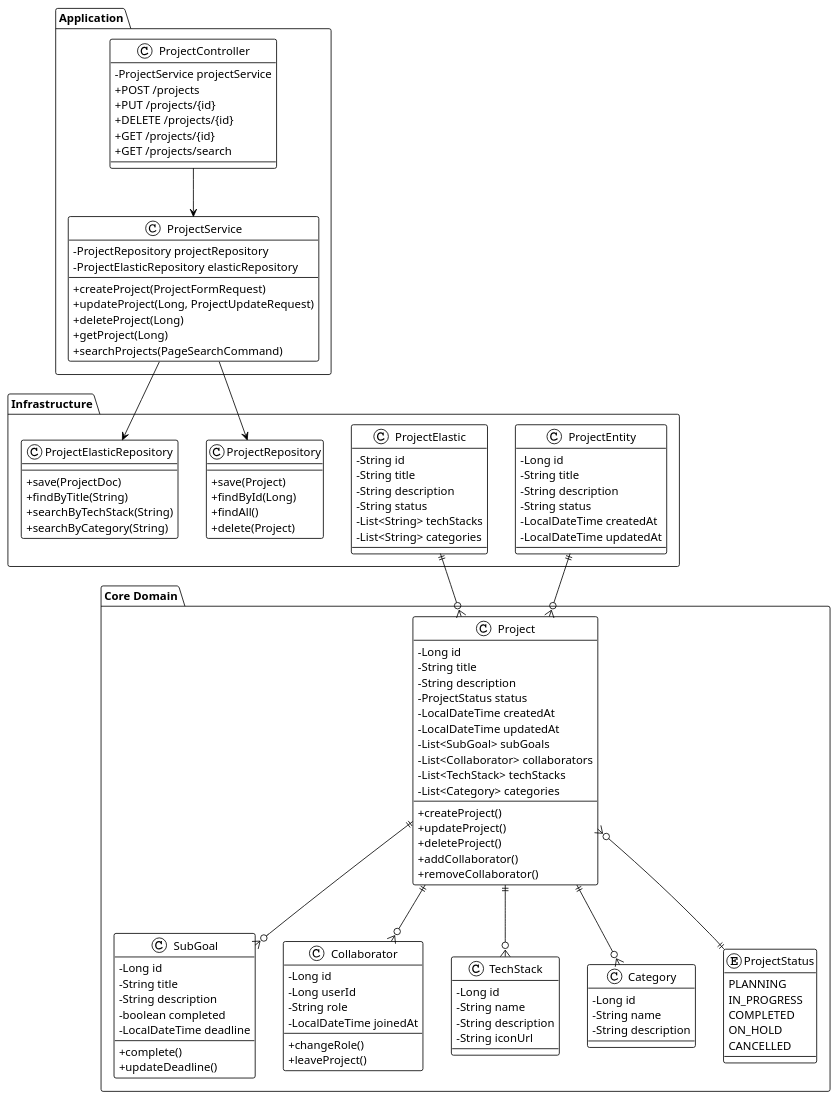
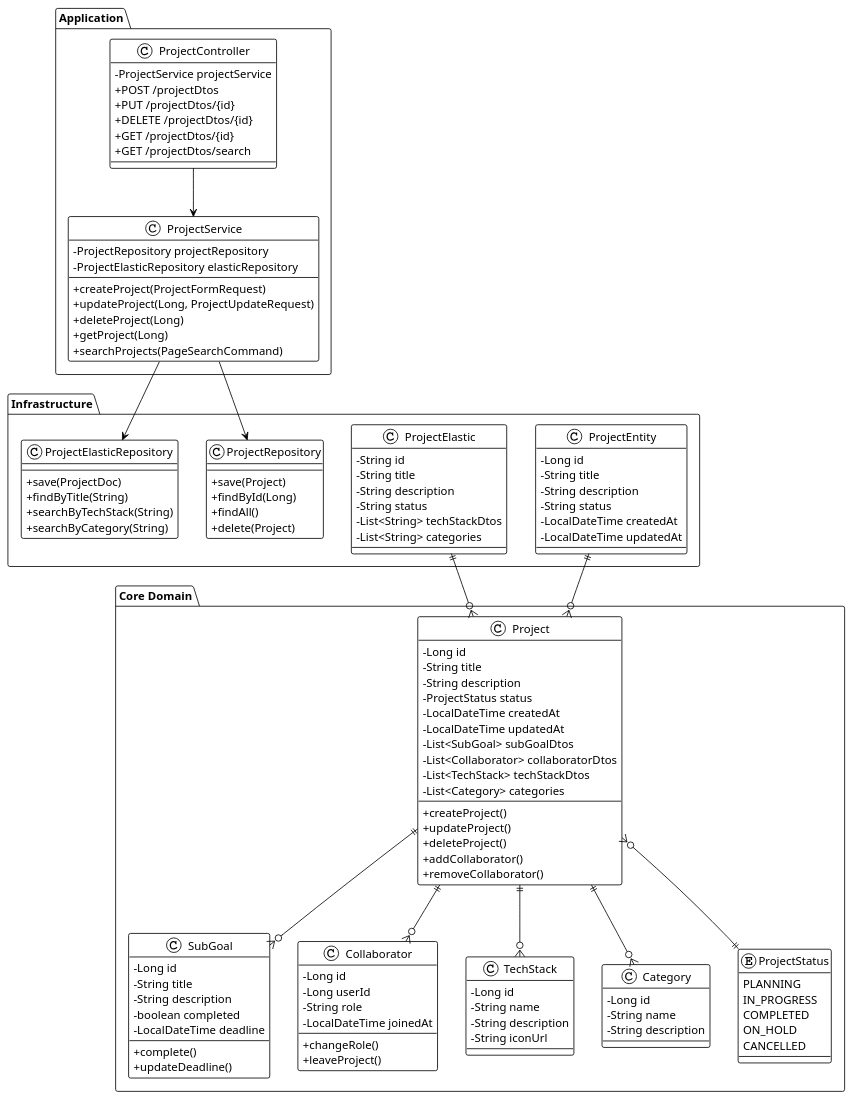
One commit to TBorNTB/project-service changed the diagram in docs/project-class.puml. Above: the diagram before and after it, drawn with PlantUML. The commit also changed 8 other files, not shown here.

```diff
--- a/docs/project-class.puml
+++ b/docs/project-class.puml
@@ -1,135 +1,135 @@
-@startuml project-class
+@startuml projectDto-class
 !theme plain
 skinparam backgroundColor #FFFFFF
 skinparam classAttributeIconSize 0
 
 package "Core Domain" {
   class Project {
     -Long id
     -String title
     -String description
     -ProjectStatus status
     -LocalDateTime createdAt
     -LocalDateTime updatedAt
-    -List<SubGoal> subGoals
-    -List<Collaborator> collaborators
-    -List<TechStack> techStacks
+    -List<SubGoal> subGoalDtos
+    -List<Collaborator> collaboratorDtos
+    -List<TechStack> techStackDtos
     -List<Category> categories
     +createProject()
     +updateProject()
     +deleteProject()
     +addCollaborator()
     +removeCollaborator()
   }
   
   class SubGoal {
     -Long id
     -String title
     -String description
     -boolean completed
     -LocalDateTime deadline
     +complete()
     +updateDeadline()
   }
   
   class Collaborator {
     -Long id
     -Long userId
     -String role
     -LocalDateTime joinedAt
     +changeRole()
     +leaveProject()
   }
   
   class TechStack {
     -Long id
     -String name
     -String description
     -String iconUrl
   }
   
   class Category {
     -Long id
     -String name
     -String description
   }
   
   enum ProjectStatus {
     PLANNING
     IN_PROGRESS
     COMPLETED
     ON_HOLD
     CANCELLED
   }
 }
 
 package "Infrastructure" {
   class ProjectEntity {
     -Long id
     -String title
     -String description
     -String status
     -LocalDateTime createdAt
     -LocalDateTime updatedAt
   }
   
   class ProjectElastic {
     -String id
     -String title
     -String description
     -String status
-    -List<String> techStacks
+    -List<String> techStackDtos
     -List<String> categories
   }
   
   class ProjectRepository {
     +save(Project)
     +findById(Long)
     +findAll()
     +delete(Project)
   }
   
   class ProjectElasticRepository {
     +save(ProjectDoc)
     +findByTitle(String)
     +searchByTechStack(String)
     +searchByCategory(String)
   }
 }
 
 package "Application" {
   class ProjectService {
     -ProjectRepository projectRepository
     -ProjectElasticRepository elasticRepository
     +createProject(ProjectFormRequest)
     +updateProject(Long, ProjectUpdateRequest)
     +deleteProject(Long)
     +getProject(Long)
     +searchProjects(PageSearchCommand)
   }
   
   class ProjectController {
     -ProjectService projectService
-    +POST /projects
-    +PUT /projects/{id}
-    +DELETE /projects/{id}
-    +GET /projects/{id}
-    +GET /projects/search
+    +POST /projectDtos
+    +PUT /projectDtos/{id}
+    +DELETE /projectDtos/{id}
+    +GET /projectDtos/{id}
+    +GET /projectDtos/search
   }
 }
 
 ' Relationships
 Project ||--o{ SubGoal
 Project ||--o{ Collaborator
 Project ||--o{ TechStack
 Project ||--o{ Category
 Project }o--|| ProjectStatus
 
 ProjectEntity ||--o{ Project
 ProjectElastic ||--o{ Project
 
 ProjectService --> ProjectRepository
 ProjectService --> ProjectElasticRepository
 ProjectController --> ProjectService
 
 @enduml
```
